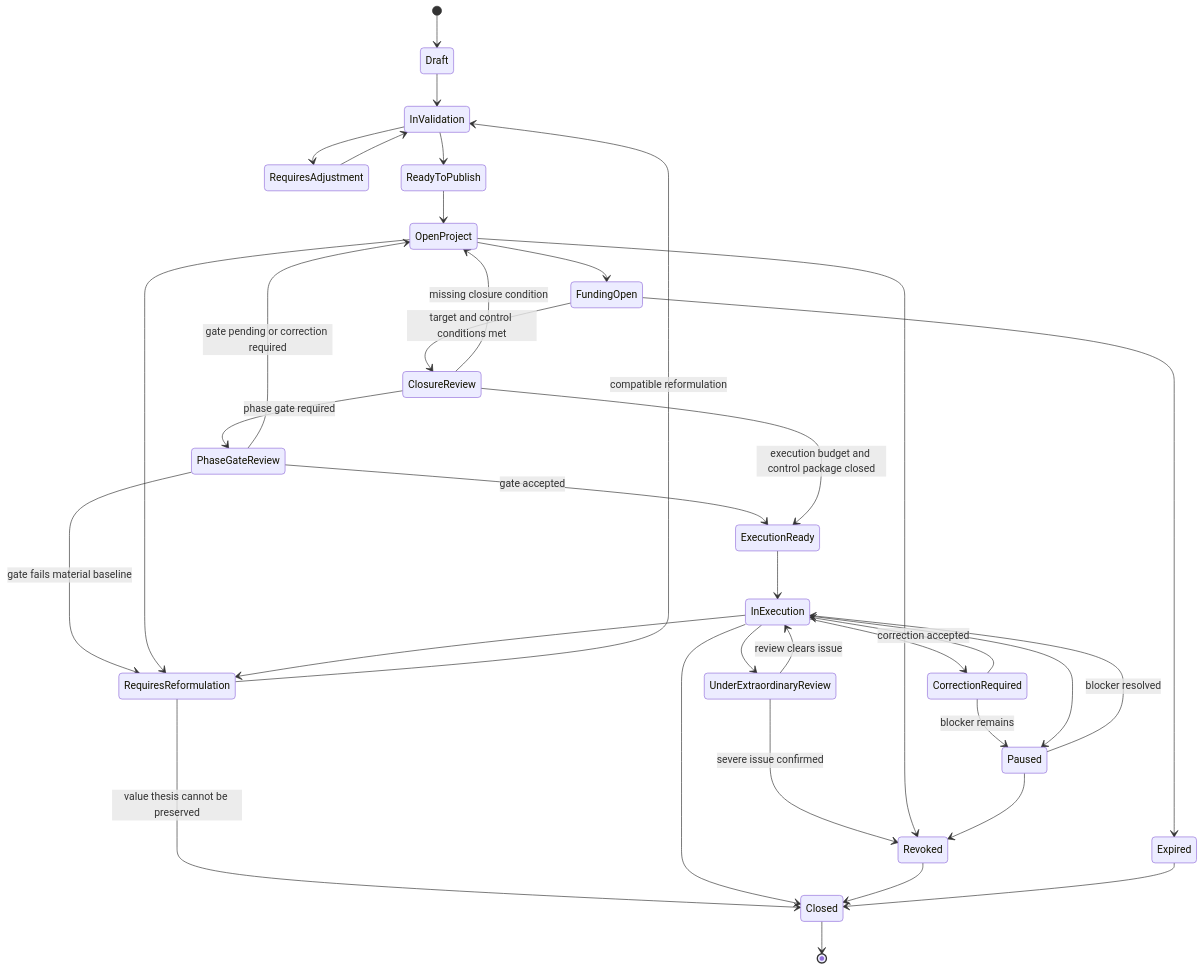
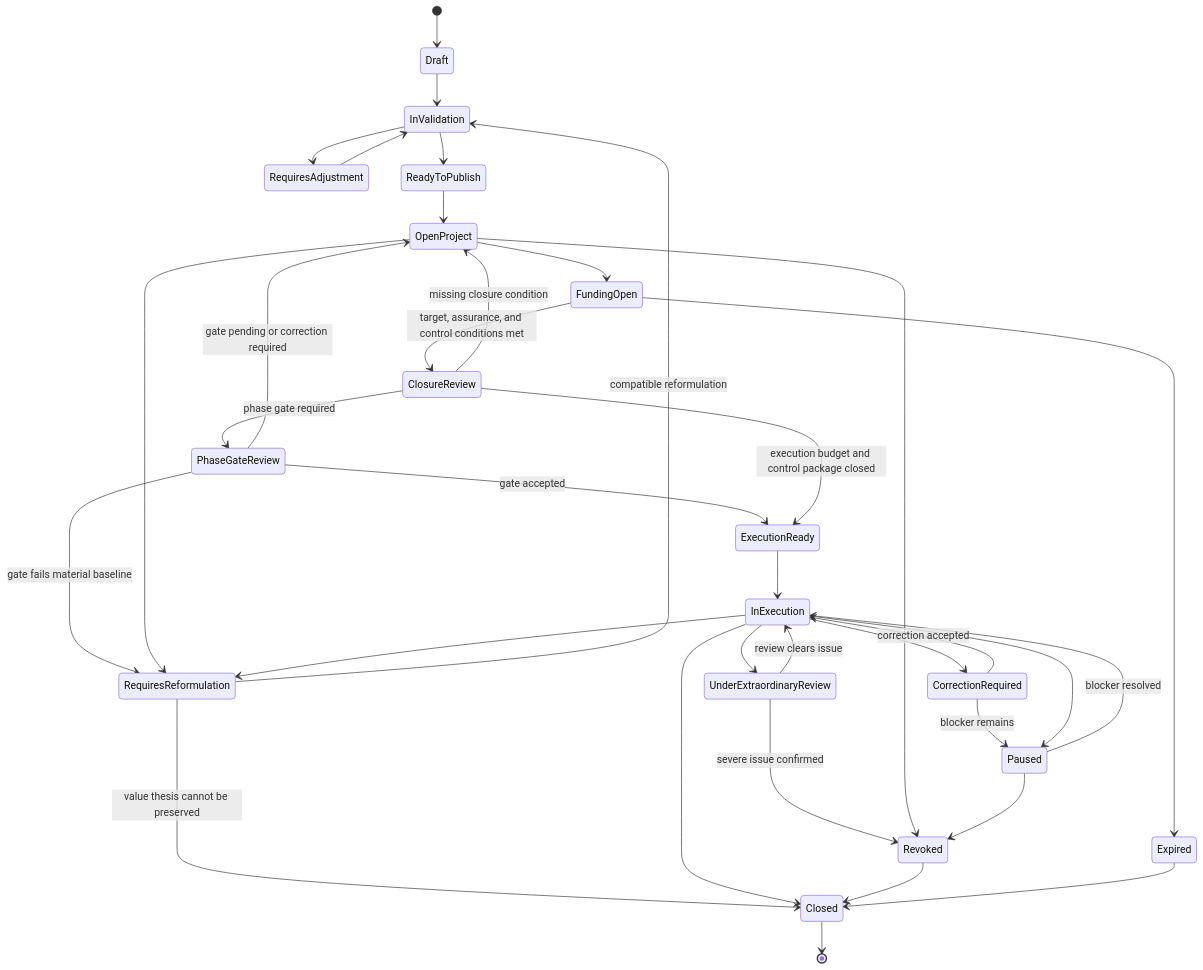
One commit to moffermann/distributed-governance-research changed the diagram in docs/diagrams/v0-project-lifecycle-state.md. Above: the diagram before and after it, drawn with Mermaid. The commit also changed other lines of this file and 32 other files, not shown here.

````diff
--- a/docs/diagrams/v0-project-lifecycle-state.md
+++ b/docs/diagrams/v0-project-lifecycle-state.md
@@ -9,42 +9,42 @@
 ```mermaid
 stateDiagram-v2
     [*] --> Draft
     Draft --> InValidation
     InValidation --> RequiresAdjustment
     RequiresAdjustment --> InValidation
     InValidation --> ReadyToPublish
     ReadyToPublish --> OpenProject
 
     OpenProject --> FundingOpen
-    FundingOpen --> ClosureReview: target and control conditions met
+    FundingOpen --> ClosureReview: target, assurance, and control conditions met
     ClosureReview --> OpenProject: missing closure condition
     ClosureReview --> PhaseGateReview: phase gate required
     PhaseGateReview --> OpenProject: gate pending or correction required
     PhaseGateReview --> RequiresReformulation: gate fails material baseline
     PhaseGateReview --> ExecutionReady: gate accepted
     ClosureReview --> ExecutionReady: execution budget and control package closed
 
     ExecutionReady --> InExecution
     InExecution --> CorrectionRequired
     CorrectionRequired --> InExecution: correction accepted
     CorrectionRequired --> Paused: blocker remains
     InExecution --> Paused
     Paused --> InExecution: blocker resolved
 
     OpenProject --> RequiresReformulation
     InExecution --> RequiresReformulation
     RequiresReformulation --> InValidation: compatible reformulation
     RequiresReformulation --> Closed: value thesis cannot be preserved
 
     InExecution --> UnderExtraordinaryReview
     UnderExtraordinaryReview --> InExecution: review clears issue
     UnderExtraordinaryReview --> Revoked: severe issue confirmed
 
     FundingOpen --> Expired
     OpenProject --> Revoked
     Paused --> Revoked
     InExecution --> Closed
     Revoked --> Closed
     Expired --> Closed
     Closed --> [*]
 ```
````
